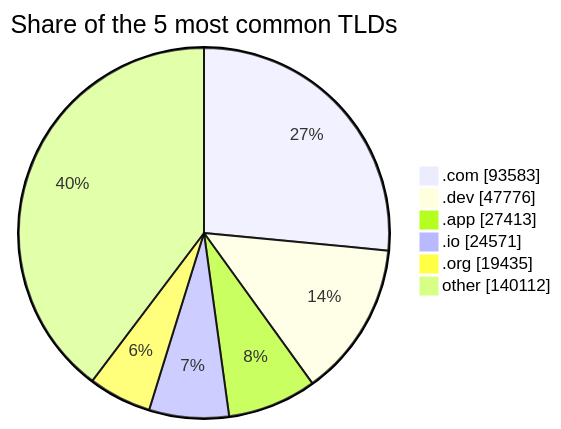
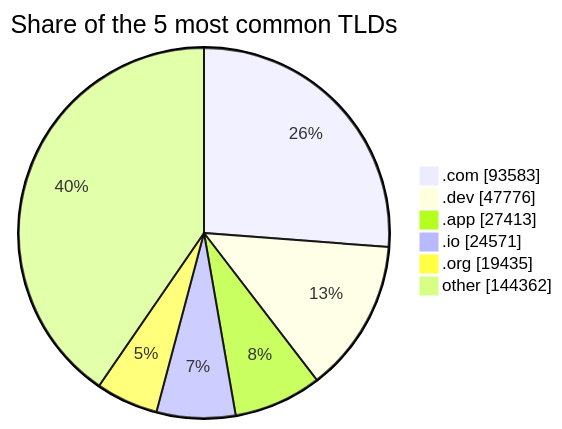
The third of 3 diagrams in README.md (DNSBunker/CTI), drawn with Mermaid before and after one commit. The commit also changed other lines of this file and 3 other files, not shown here.

````diff
--- a/README.md
+++ b/README.md
@@ -81,9 +81,9 @@
 ```mermaid
 pie showData title Share of the 5 most common TLDs
     ".com" : 93583
     ".dev" : 47776
     ".app" : 27413
     ".io" : 24571
     ".org" : 19435
-    "other" : 140112
+    "other" : 144362
 ```
````
